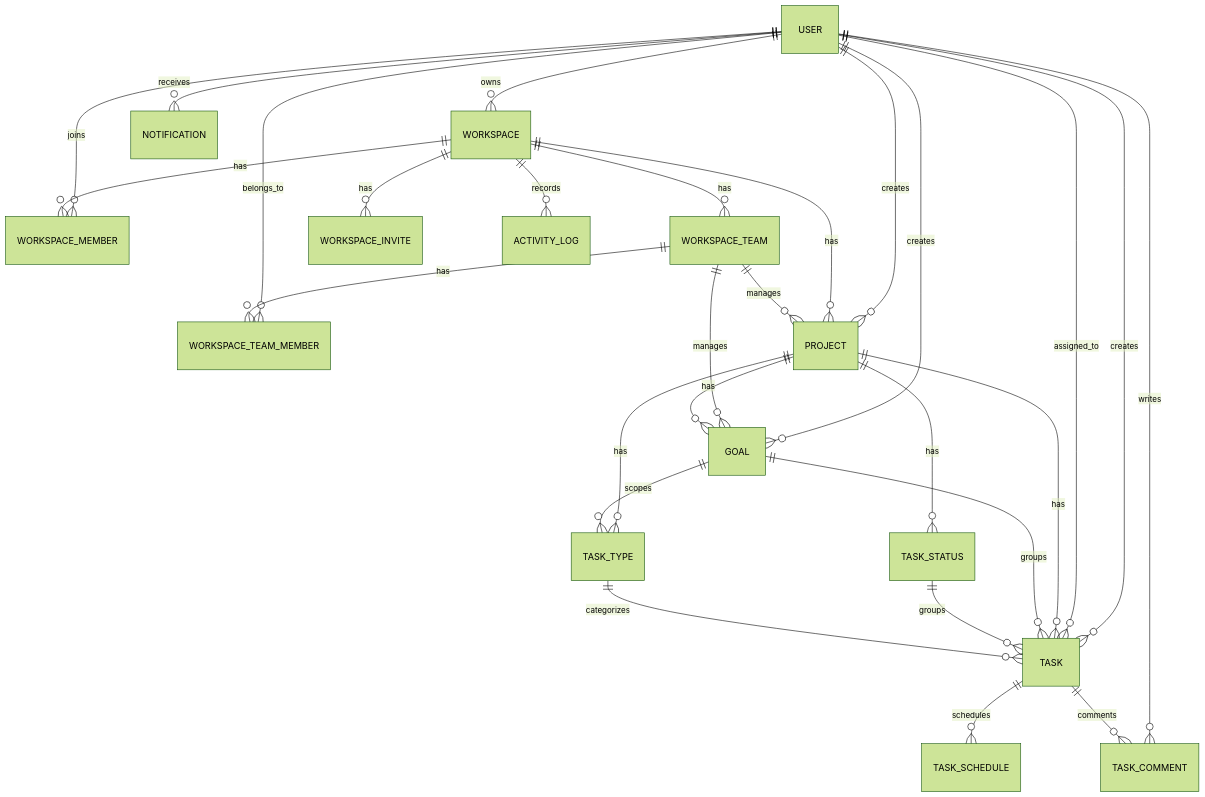
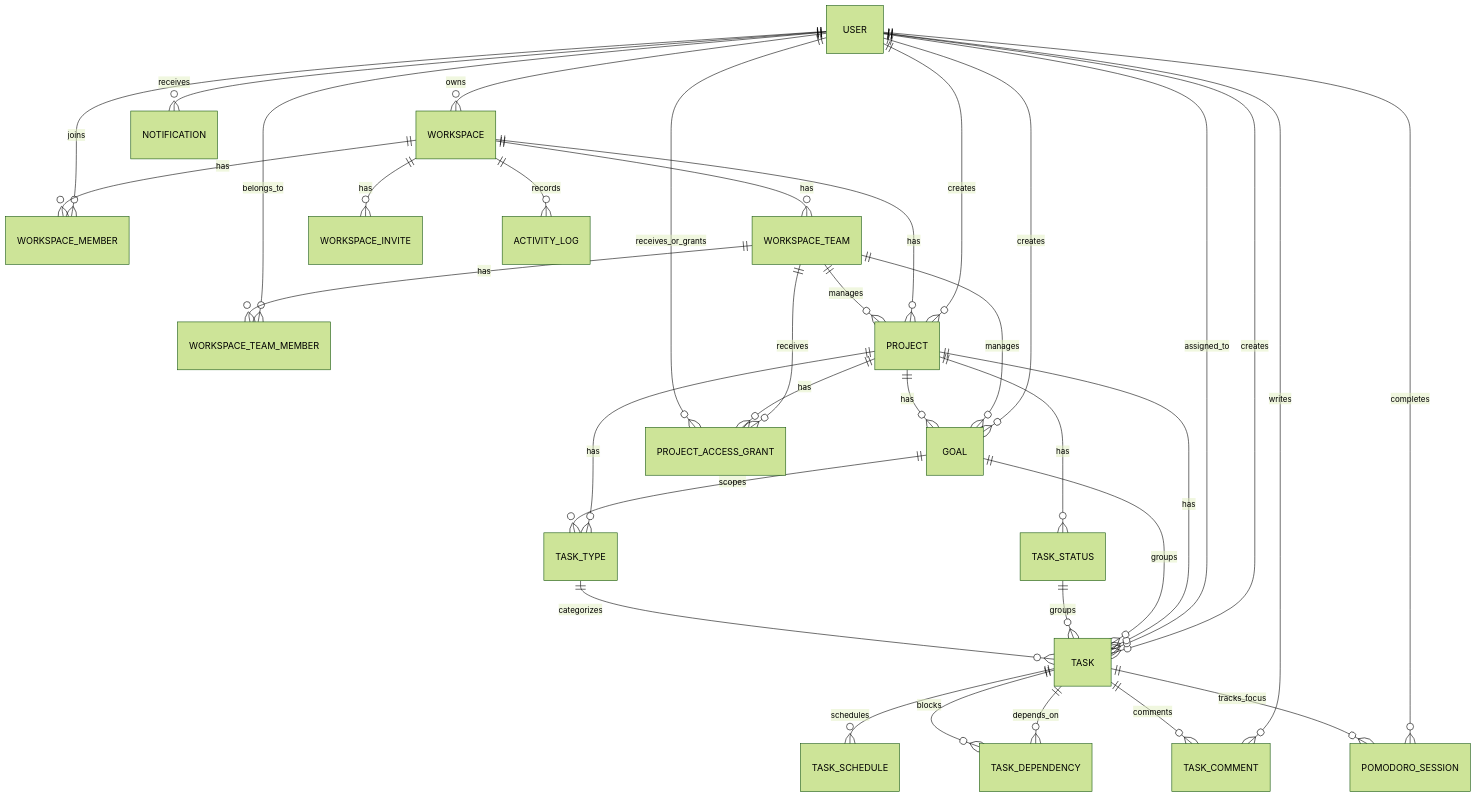
The diagram in docs/03_MO_HINH_DU_LIEU_ENTITY_QUAN_HE.md (thuanfhu/Chronelis-backend-spring-boot), drawn with Mermaid (forest theme) before and after one commit. The commit also changed other lines of this file and 28 other files, not shown here.

First line of the commit message:
feat: Add Pomodoro session management

````diff
--- a/docs/03_MO_HINH_DU_LIEU_ENTITY_QUAN_HE.md
+++ b/docs/03_MO_HINH_DU_LIEU_ENTITY_QUAN_HE.md
@@ -14,35 +15,43 @@
 ```mermaid
 erDiagram
     USER ||--o{ WORKSPACE : owns
     USER ||--o{ WORKSPACE_MEMBER : joins
     USER ||--o{ WORKSPACE_TEAM_MEMBER : belongs_to
     USER ||--o{ PROJECT : creates
     USER ||--o{ GOAL : creates
     USER ||--o{ TASK : creates
     USER ||--o{ TASK : assigned_to
     USER ||--o{ TASK_COMMENT : writes
+    USER ||--o{ POMODORO_SESSION : completes
     USER ||--o{ NOTIFICATION : receives
 
     WORKSPACE ||--o{ WORKSPACE_MEMBER : has
     WORKSPACE ||--o{ WORKSPACE_TEAM : has
     WORKSPACE ||--o{ PROJECT : has
     WORKSPACE ||--o{ WORKSPACE_INVITE : has
     WORKSPACE ||--o{ ACTIVITY_LOG : records
 
     WORKSPACE_TEAM ||--o{ WORKSPACE_TEAM_MEMBER : has
     WORKSPACE_TEAM ||--o{ PROJECT : manages
     WORKSPACE_TEAM ||--o{ GOAL : manages
+    WORKSPACE_TEAM ||--o{ PROJECT_ACCESS_GRANT : receives
 
     PROJECT ||--o{ GOAL : has
     PROJECT ||--o{ TASK_STATUS : has
     PROJECT ||--o{ TASK_TYPE : has
     PROJECT ||--o{ TASK : has
+    PROJECT ||--o{ PROJECT_ACCESS_GRANT : has
+
+    USER ||--o{ PROJECT_ACCESS_GRANT : receives_or_grants
 
     GOAL ||--o{ TASK : groups
     GOAL ||--o{ TASK_TYPE : scopes
 
     TASK_STATUS ||--o{ TASK : groups
     TASK_TYPE ||--o{ TASK : categorizes
     TASK ||--o{ TASK_SCHEDULE : schedules
     TASK ||--o{ TASK_COMMENT : comments
+    TASK ||--o{ TASK_DEPENDENCY : depends_on
+    TASK ||--o{ TASK_DEPENDENCY : blocks
+    TASK ||--o{ POMODORO_SESSION : tracks_focus
 ```
````
